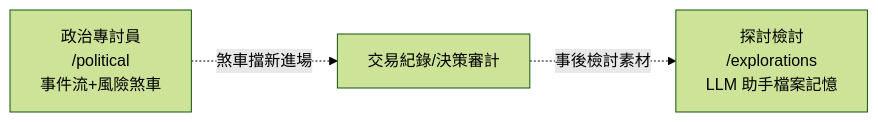
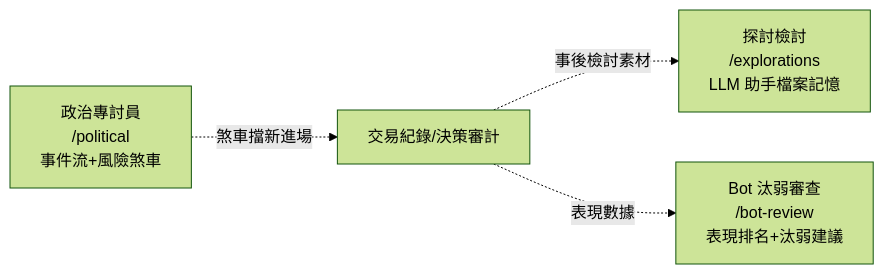
Before and after one commit to AlexChang1999/Albee_Stock: the fifth of 6 diagrams in docs/reference/frontend-pages-map.md, drawn with Mermaid (forest theme). The commit also changed other lines of this file and 11 other files, not shown here.

````diff
--- a/docs/reference/frontend-pages-map.md
+++ b/docs/reference/frontend-pages-map.md
@@ -77,9 +82,11 @@
 ```mermaid
 flowchart LR
     political["政治專討員<br/>/political<br/>事件流+風險煞車"]
     explorations["探討檢討<br/>/explorations<br/>LLM 助手檔案記憶"]
+    botreview["Bot 汰弱審查<br/>/bot-review<br/>表現排名+汰弱建議"]
     trades["交易紀錄/決策審計"]
 
     political -.->|"煞車擋新進場"| trades
     trades -.->|"事後檢討素材"| explorations
+    trades -.->|"表現數據"| botreview
 ```
````
